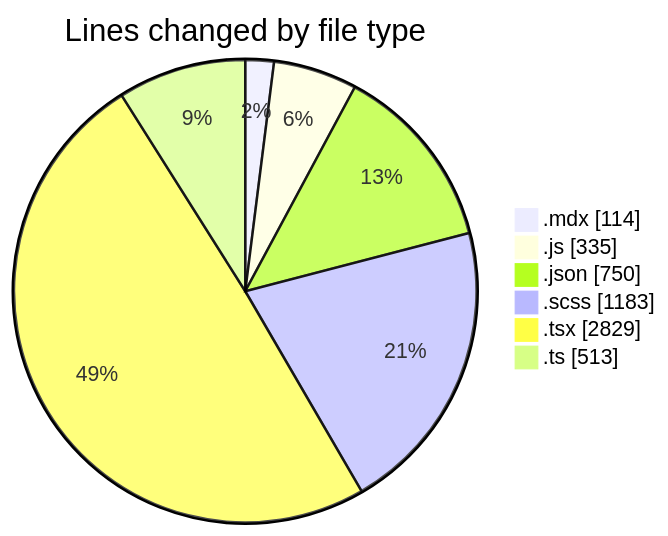
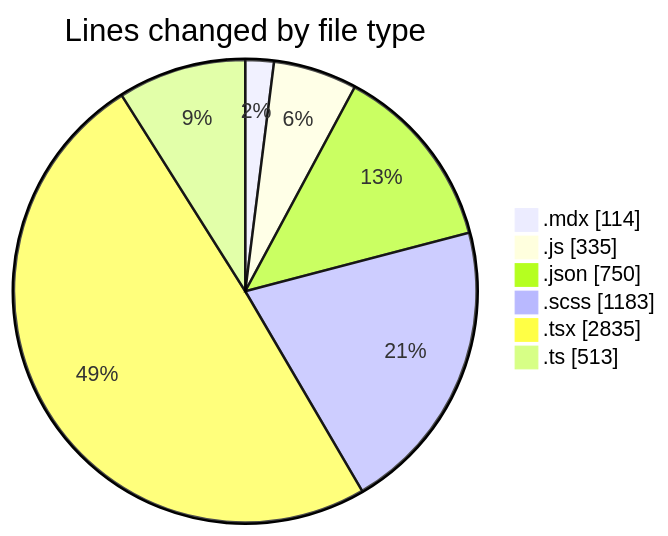
The first of 2 diagrams in 2026-08-13/cda/README.md (momahboobian/code-tracking), drawn with Mermaid before and after one commit. The commit also changed other lines of this file and 1 other file, not shown here.

````diff
--- a/2026-08-13/cda/README.md
+++ b/2026-08-13/cda/README.md
@@ -46,10 +46,10 @@
 ```mermaid
 pie showData
 title Lines changed by file type
 ".mdx" : 114
 ".js" : 335
 ".json" : 750
 ".scss" : 1183
-".tsx" : 2829
+".tsx" : 2835
 ".ts" : 513
 ```
````
